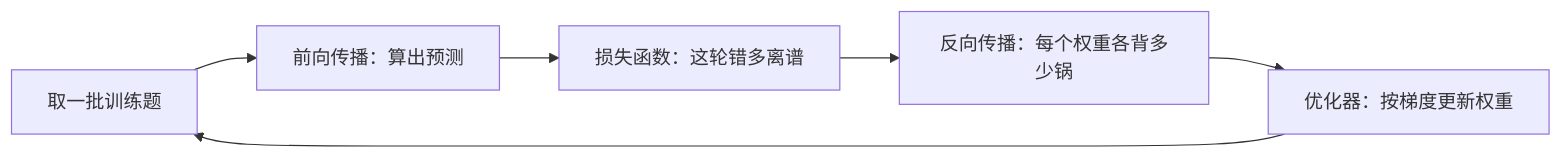
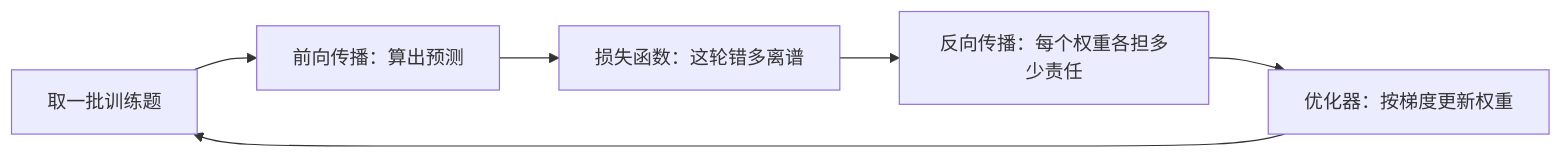
One commit to xxxAndlk/AI_Agent_Learning_path changed the second of 2 diagrams in 02.AI底层基础/第04课_深度学习训练/第04课.md. Above: the diagram before and after it, drawn with Mermaid. The commit also changed other lines of this file and 4 other files, not shown here.

````diff
--- a/02.AI底层基础/第04课_深度学习训练/第04课.md
+++ b/02.AI底层基础/第04课_深度学习训练/第04课.md
@@ -70,8 +68,8 @@
 ```mermaid
 flowchart LR
     A["取一批训练题"] --> B["前向传播：算出预测"]
     B --> C["损失函数：这轮错多离谱"]
-    C --> D["反向传播：每个权重各背多少锅"]
+    C --> D["反向传播：每个权重各担多少责任"]
     D --> E["优化器：按梯度更新权重"]
     E --> A
 ```
````
